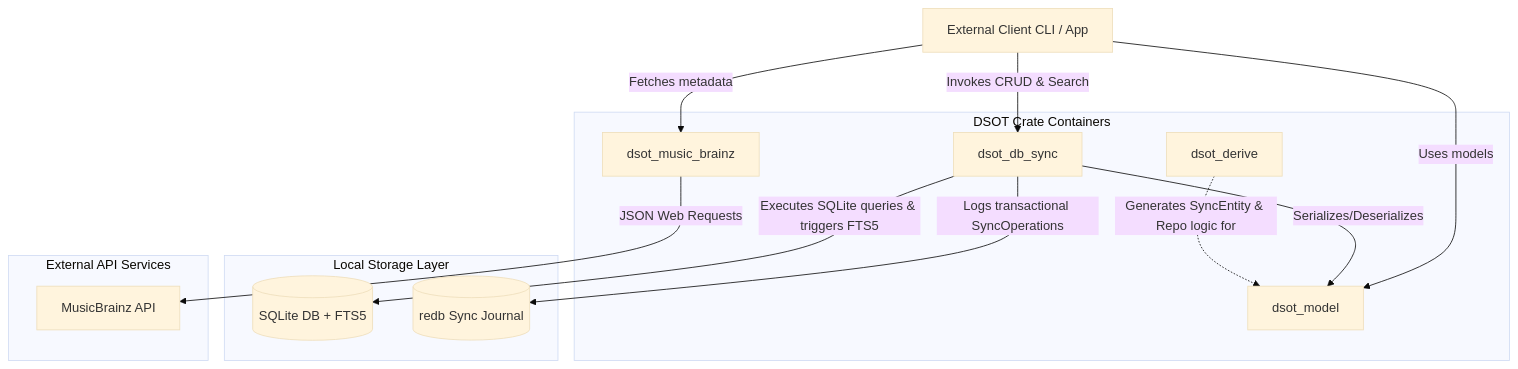
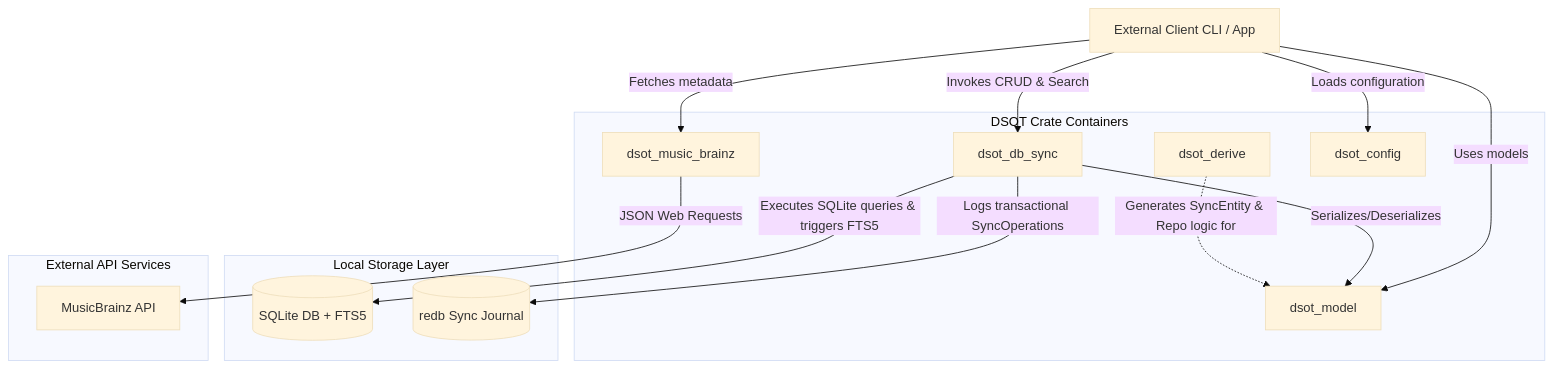
One commit to Davidblkx/dsot changed the diagram in docs/architecture/L2-containers.md. Above: the diagram before and after it, drawn with Mermaid (base theme). The commit also changed other lines of this file and 8 other files, not shown here.

````diff
--- a/docs/architecture/L2-containers.md
+++ b/docs/architecture/L2-containers.md
@@ -7,32 +7,34 @@
 ```mermaid
 graph TD
     Client[External Client CLI / App]
     
     subgraph Cargo Workspace [DSOT Crate Containers]
         Model[dsot_model]
         DbSync[dsot_db_sync]
         Derive[dsot_derive]
         MB[dsot_music_brainz]
+        Config[dsot_config]
     end
 
     subgraph Storage [Local Storage Layer]
         SQLite[(SQLite DB + FTS5)]
         Redb[(redb Sync Journal)]
     end
 
     subgraph Remote [External API Services]
         MusicBrainzAPI[MusicBrainz API]
     end
 
     Client -->|Invokes CRUD & Search| DbSync
     Client -->|Uses models| Model
+    Client -->|Loads configuration| Config
     
     DbSync -->|Serializes/Deserializes| Model
     Derive -.->|Generates SyncEntity & Repo logic for| Model
     
     DbSync -->|Executes SQLite queries & triggers FTS5| SQLite
     DbSync -->|Logs transactional SyncOperations| Redb
     
     Client -->|Fetches metadata| MB
     MB -->|JSON Web Requests| MusicBrainzAPI
 ```
````
